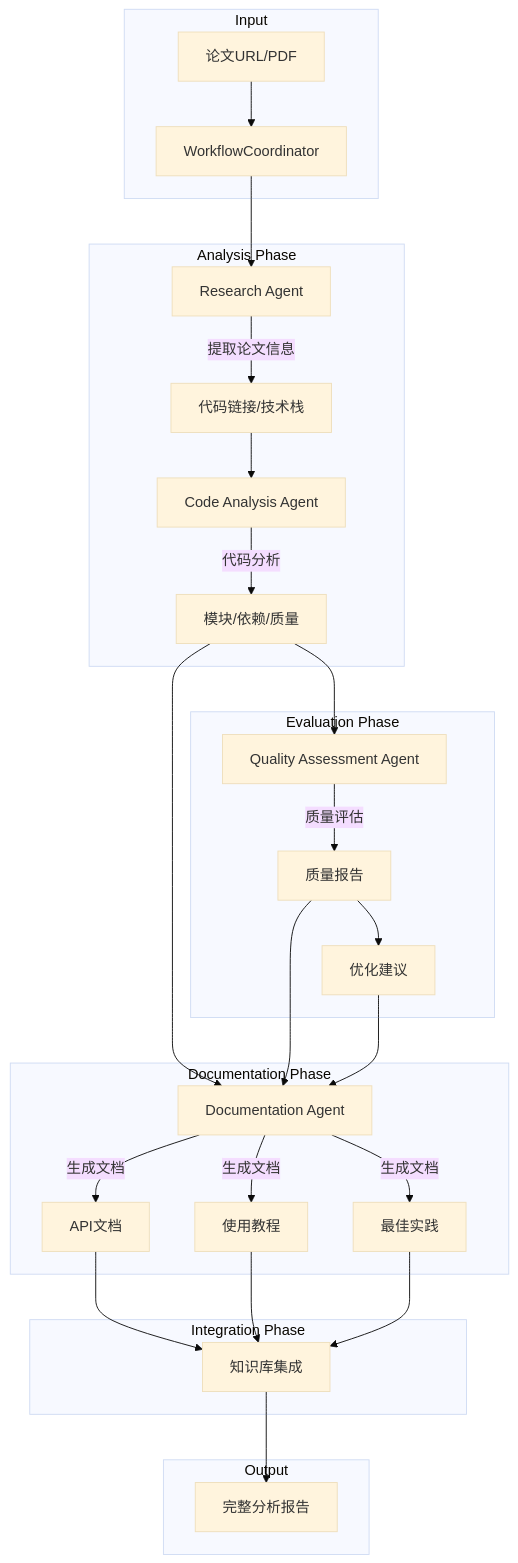
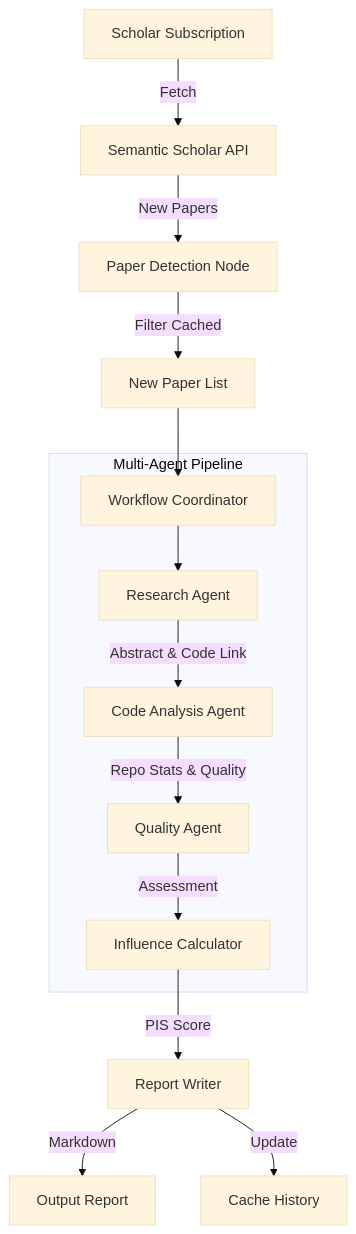
The diagram in README.md (jerry609/PaperBot), drawn with Mermaid (base theme) before and after one commit. The commit also changed other lines of this file and 1 other file, not shown here.

Commit message:
feat: Update README to enhance scholar tracking system description and clarify core functionalities

````diff
--- a/README.md
+++ b/README.md
@@ -153,41 +111,19 @@
 ```mermaid
 graph TD
-    subgraph Input
-        A[论文URL/PDF] --> B[WorkflowCoordinator]
+    A[Scholar Subscription] -->|Fetch| B[Semantic Scholar API]
+    B -->|New Papers| C[Paper Detection Node]
+    C -->|Filter Cached| D[New Paper List]
+    
+    D --> E[Workflow Coordinator]
+    
+    subgraph "Multi-Agent Pipeline"
+        E --> F[Research Agent]
+        F -->|Abstract & Code Link| G[Code Analysis Agent]
+        G -->|Repo Stats & Quality| H[Quality Agent]
+        H -->|Assessment| I[Influence Calculator]
     end
-
-    subgraph Analysis Phase
-        B --> C[Research Agent]
-        C --> |提取论文信息| D[代码链接/技术栈]
-        D --> E[Code Analysis Agent]
-        E --> |代码分析| F[模块/依赖/质量]
-    end
-
-    subgraph Evaluation Phase
-        F --> G[Quality Assessment Agent]
-        G --> |质量评估| H[质量报告]
-        H --> I[优化建议]
-    end
-
-    subgraph Documentation Phase
-        F --> J[Documentation Agent]
-        H --> J
-        I --> J
-        J --> |生成文档| K[API文档]
-        J --> |生成文档| L[使用教程]
-        J --> |生成文档| M[最佳实践]
-    end
-
-    subgraph Integration Phase
-        K --> N[知识库集成]
-        L --> N
-        M --> N
-    end
-
-    subgraph Output
-        N --> O[完整分析报告]
-    end
-
-    classDef phase fill:#f9f,stroke:#333,stroke-width:2px;
-    class Analysis,Evaluation,Documentation,Integration phase;
+    
+    I -->|PIS Score| J[Report Writer]
+    J -->|Markdown| K[Output Report]
+    J -->|Update| L[Cache History]
 ```
````
